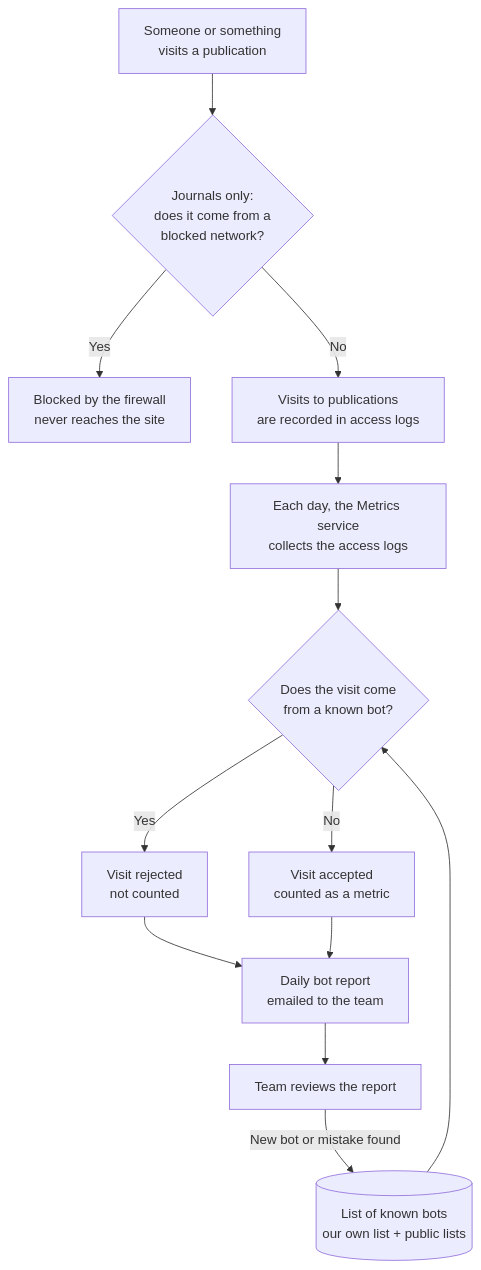
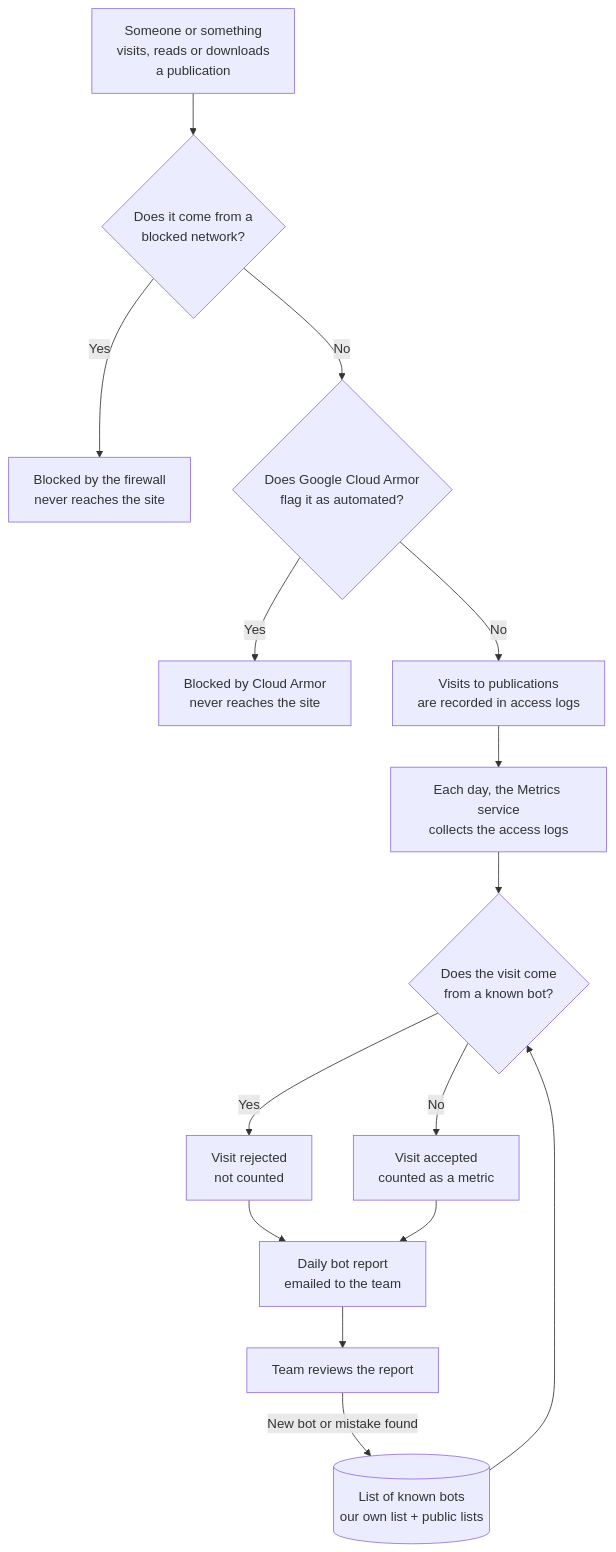
Before and after one commit to hirmeos/metrics_portal: the diagram in docs/metrics-docs/bot-detection.md, drawn with Mermaid. The commit also changed other lines of this file and 3 other files, not shown here.

Commit message:
Added the Google Cloud Armor and deleted the specific journal mention for the firewall

````diff
--- a/docs/metrics-docs/bot-detection.md
+++ b/docs/metrics-docs/bot-detection.md
@@ -31,15 +35,17 @@
 ```mermaid
 flowchart TD
-    V[Someone or something<br/>visits a publication] --> FW{Journals only:<br/>does it come from a<br/>blocked network?}
+    V[Someone or something<br/>visits, reads or downloads<br/>a publication] --> FW{Does it come from a<br/>blocked network?}
     FW -- Yes --> X[Blocked by the firewall<br/>never reaches the site]
-    FW -- No --> A
+    FW -- No --> CA{Does Google Cloud Armor<br/>flag it as automated?}
+    CA -- Yes --> Y[Blocked by Cloud Armor<br/>never reaches the site]
+    CA -- No --> A
     A[Visits to publications<br/>are recorded in access logs] --> B[Each day, the Metrics service<br/>collects the access logs]
     L[(List of known bots<br/>our own list + public lists)] --> C
     B --> C{Does the visit come<br/>from a known bot?}
     C -- Yes --> D[Visit rejected<br/>not counted]
     C -- No --> E[Visit accepted<br/>counted as a metric]
     D --> F[Daily bot report<br/>emailed to the team]
     E --> F
     F --> G[Team reviews the report]
     G -- New bot or mistake found --> L
 ```
````
